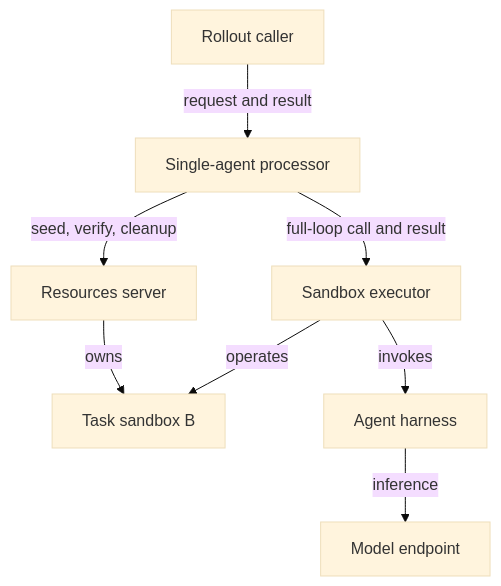
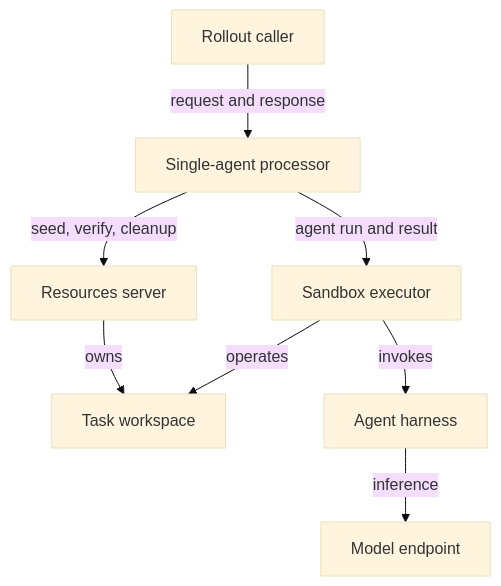
One commit to ananthsub/Gym changed the first of 5 diagrams in investigations/episode-orchestration-design.md. Above: the diagram before and after it, drawn with Mermaid (base theme). The commit also changed other lines of this file and 1 other file, not shown here.

Commit message:
docs(investigations): refine episode architecture proposal

````diff
--- a/investigations/episode-orchestration-design.md
+++ b/investigations/episode-orchestration-design.md
@@ -94,10 +132,10 @@
 ```mermaid
 flowchart TB
-    C[Rollout caller] -->|request and result| P[Single-agent processor]
+    C[Rollout caller] -->|request and response| P[Single-agent processor]
     P -->|seed, verify, cleanup| R[Resources server]
-    R -->|owns| B[Task sandbox B]
-    P -->|full-loop call and result| X[Sandbox executor]
+    R -->|owns| TW[Task workspace]
+    P -->|agent run and result| X[Sandbox executor]
     X -->|invokes| H[Agent harness]
     H -->|inference| M[Model endpoint]
-    X -->|operates| B
+    X -->|operates| TW
 ```
````
